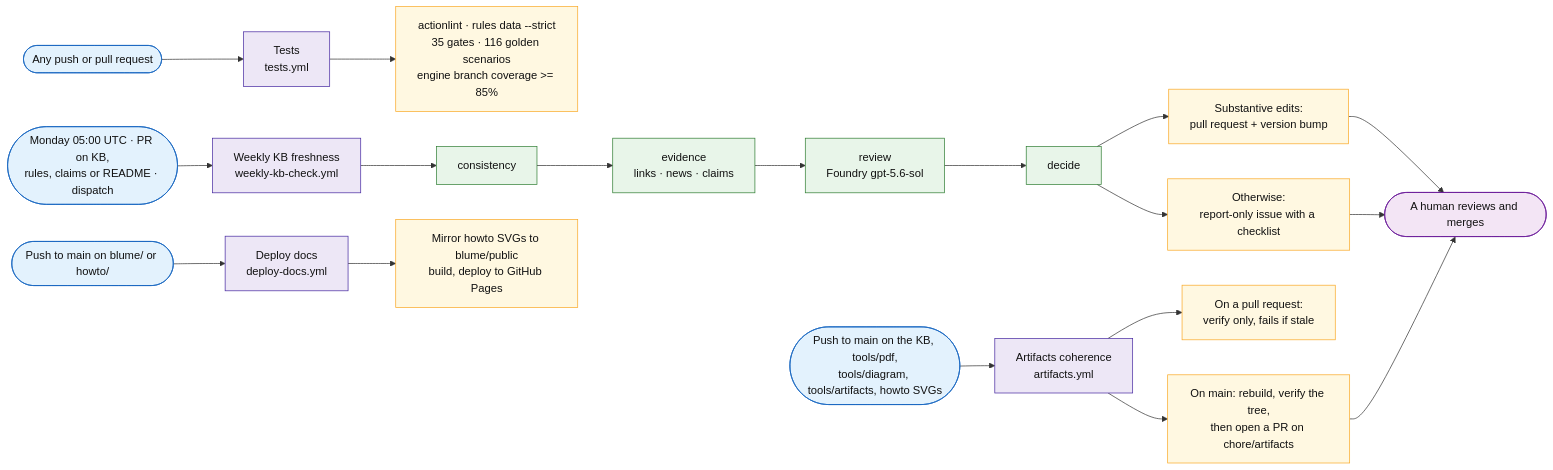
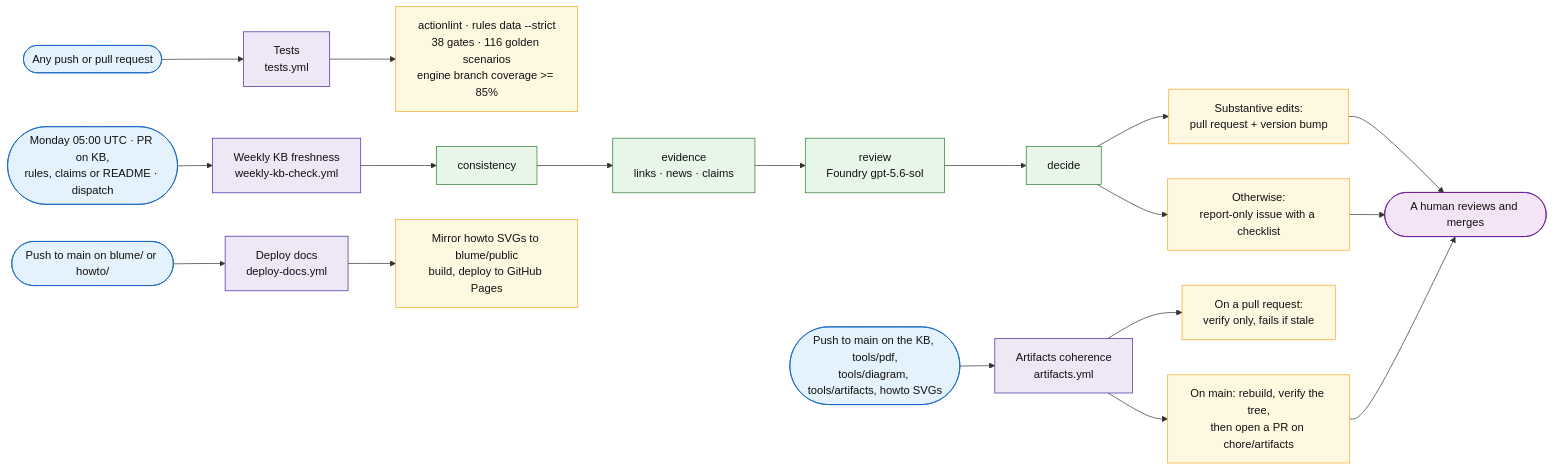
One commit to fredgis/sql-migration-advisor changed the sixth of 6 diagrams in docs/sql-migration-advisor-developer-pitch.md. Above: the diagram before and after it, drawn with Mermaid. The commit also changed 22 other files, not shown here.

````diff
--- a/docs/sql-migration-advisor-developer-pitch.md
+++ b/docs/sql-migration-advisor-developer-pitch.md
@@ -992,33 +992,33 @@
 ```mermaid
 flowchart LR
     G1([Any push or pull request]) --> W1[Tests<br/>tests.yml]
     G2([Monday 05:00 UTC · PR on KB,<br/>rules, claims or README · dispatch]) --> W2[Weekly KB freshness<br/>weekly-kb-check.yml]
     G3([Push to main on the KB, tools/pdf,<br/>tools/diagram, tools/artifacts, howto SVGs]) --> W3[Artifacts coherence<br/>artifacts.yml]
     G4([Push to main on blume/ or howto/]) --> W4[Deploy docs<br/>deploy-docs.yml]
 
-    W1 --> O1[actionlint · rules data --strict<br/>35 gates · 116 golden scenarios<br/>engine branch coverage >= 85%]
+    W1 --> O1[actionlint · rules data --strict<br/>38 gates · 116 golden scenarios<br/>engine branch coverage >= 85%]
 
     W2 --> C1[consistency] --> C2[evidence<br/>links · news · claims] --> C3[review<br/>Foundry gpt-5.6-sol] --> C4[decide]
     C4 --> O2a[Substantive edits:<br/>pull request + version bump]
     C4 --> O2b[Otherwise:<br/>report-only issue with a checklist]
 
     W3 --> O3a[On a pull request:<br/>verify only, fails if stale]
     W3 --> O3b[On main: rebuild, verify the tree,<br/>then open a PR on chore/artifacts]
 
     W4 --> O4[Mirror howto SVGs to blume/public<br/>build, deploy to GitHub Pages]
 
     O2a --> H([A human reviews and merges])
     O2b --> H
     O3b --> H
 
     classDef trig fill:#e3f2fd,stroke:#1565c0,color:#111
     classDef flow fill:#ede7f6,stroke:#4527a0,color:#111
     classDef step fill:#e8f5e9,stroke:#2e7d32,color:#111
     classDef out fill:#fff8e1,stroke:#f9a825,color:#111
     classDef human fill:#f3e5f5,stroke:#6a1b9a,color:#111
     class G1,G2,G3,G4 trig
     class W1,W2,W3,W4 flow
     class C1,C2,C3,C4 step
     class O1,O2a,O2b,O3a,O3b,O4 out
     class H human
 ```
````
